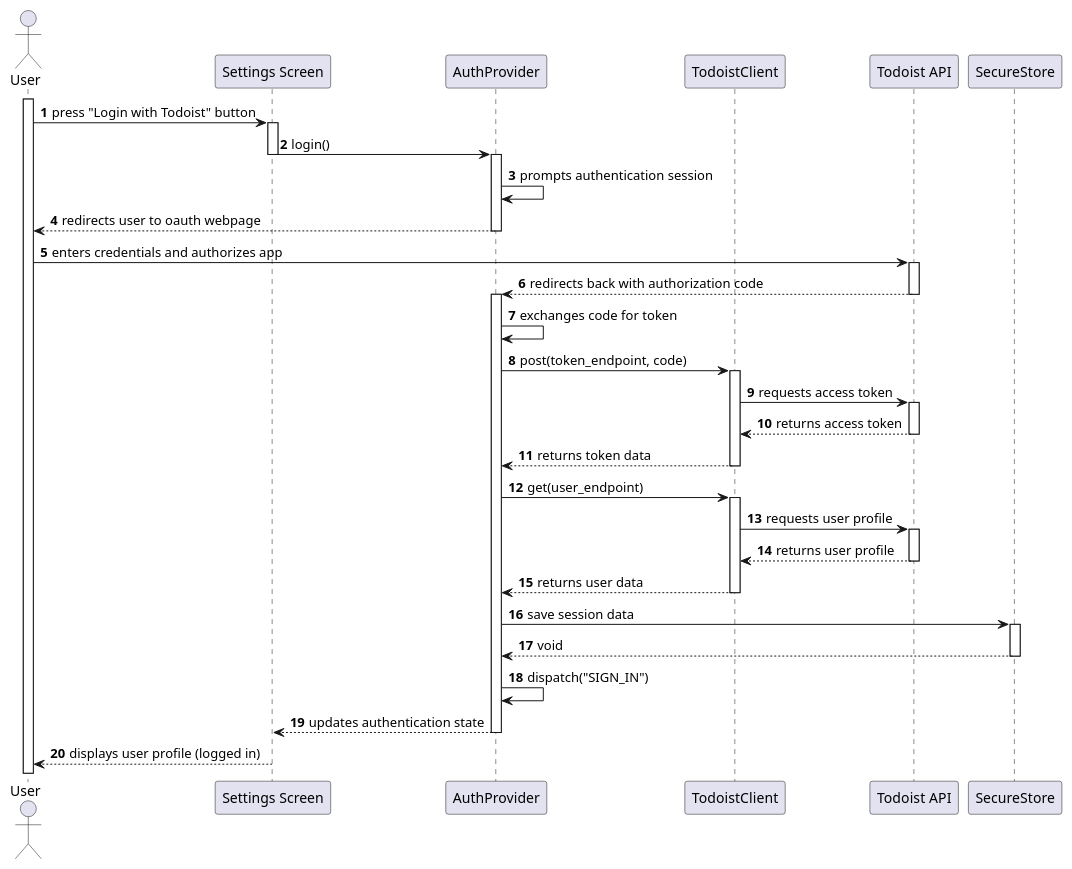
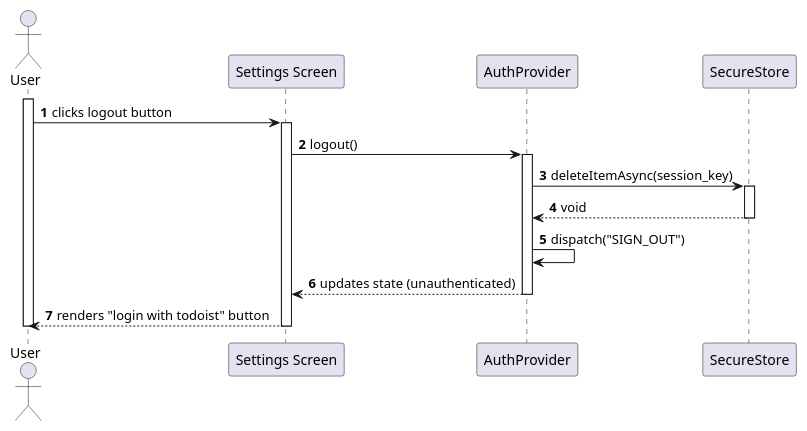
The diagram in docs/UC07/puml/SD.puml (isneru/DSSMV_ProjectReact_1240567_1241692), drawn with PlantUML before and after one commit. The commit also changed 11 other files, not shown here.

Commit message:
diagrams last touches

```diff
--- a/docs/UC07/puml/SD.puml
+++ b/docs/UC07/puml/SD.puml
@@ -1,60 +1,27 @@
 @startuml SD
 autonumber
 
 actor "User" as User
 participant "Settings Screen" as UI
 participant "AuthProvider" as Context
-participant "TodoistClient" as Client
-participant "Todoist API" as API
 participant "SecureStore" as Store
 
 activate User
-User -> UI : press "Login with Todoist" button
+User -> UI : clicks logout button
 activate UI
-UI -> Context : login()
-deactivate UI
+UI -> Context : logout()
 activate Context
 
-Context -> Context : prompts authentication session
-Context --> User : redirects user to oauth webpage
-deactivate Context
-
-User -> API : enters credentials and authorizes app
-activate API
-API --> Context : redirects back with authorization code
-deactivate API
-activate Context
-
-Context -> Context : exchanges code for token
-
-Context -> Client : post(token_endpoint, code)
-activate Client
-Client -> API : requests access token
-activate API
-API --> Client : returns access token
-deactivate API
-Client --> Context : returns token data
-deactivate Client
-
-Context -> Client : get(user_endpoint)
-activate Client
-Client -> API : requests user profile
-activate API
-API --> Client : returns user profile
-deactivate API
-Client --> Context : returns user data
-deactivate Client
-
-Context -> Store : save session data
+Context -> Store : deleteItemAsync(session_key)
 activate Store
 Store --> Context : void
 deactivate Store
 
-Context -> Context : dispatch("SIGN_IN")
-Context --> UI : updates authentication state
+Context -> Context : dispatch("SIGN_OUT")
+Context --> UI : updates state (unauthenticated)
 deactivate Context
 
-UI --> User : displays user profile (logged in)
+UI --> User : renders "login with todoist" button
 deactivate UI
-
+deactivate User
 @enduml
```
